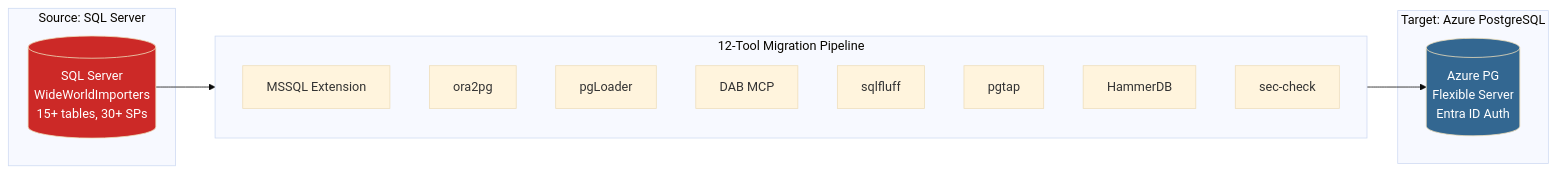
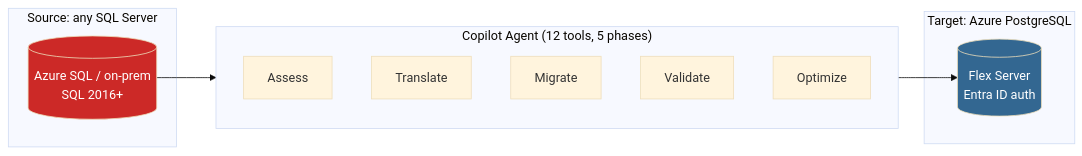
One commit to kfolkes/sql-to-postgres-migration changed the first of 2 diagrams in README.md. Above: the diagram before and after it, drawn with Mermaid (base theme). The commit also changed other lines of this file and 38 other files, not shown here.

First line of the commit message:
Public release: Azure Samples format, reusable BYO migration agent, bash-first flow

````diff
--- a/README.md
+++ b/README.md
@@ -5,27 +33,19 @@
 ```mermaid
 flowchart LR
-    subgraph Source["Source: SQL Server"]
-        SS[(SQL Server\nWideWorldImporters\n15+ tables, 30+ SPs)]
+    subgraph Source["Source: any SQL Server"]
+        SS[(Azure SQL / on-prem<br/>SQL 2016+)]
     end
-    
-    subgraph Tools["12-Tool Migration Pipeline"]
-        direction TB
-        T1[MSSQL Extension]
-        T2[ora2pg]
-        T3[pgLoader]
-        T4[DAB MCP]
-        T5[sqlfluff]
-        T6[pgtap]
-        T7[HammerDB]
-        T8[sec-check]
+    subgraph Agent["Copilot Agent (12 tools, 5 phases)"]
+        T1[Assess]
+        T2[Translate]
+        T3[Migrate]
+        T4[Validate]
+        T5[Optimize]
     end
-    
     subgraph Target["Target: Azure PostgreSQL"]
-        PG[(Azure PG\nFlexible Server\nEntra ID Auth)]
+        PG[(Flex Server<br/>Entra ID auth)]
     end
-    
-    SS --> Tools --> PG
-    
+    SS --> Agent --> PG
     style SS fill:#cc2927,color:#fff
     style PG fill:#336791,color:#fff
 ```
````
